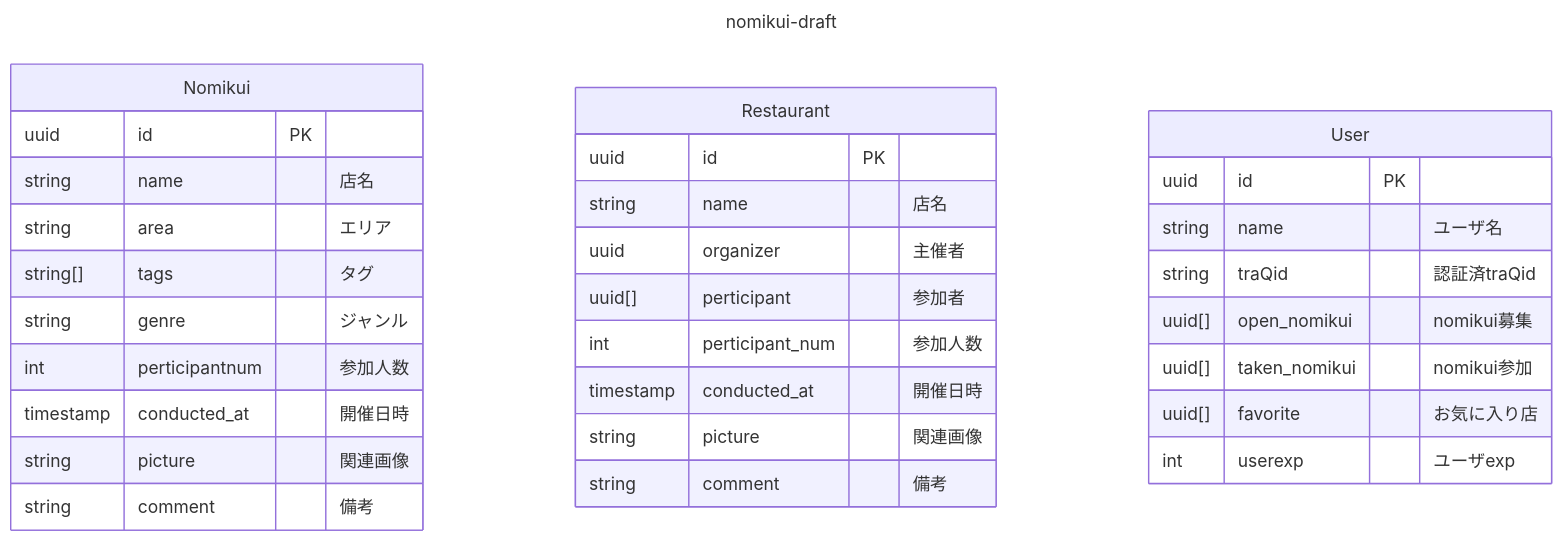
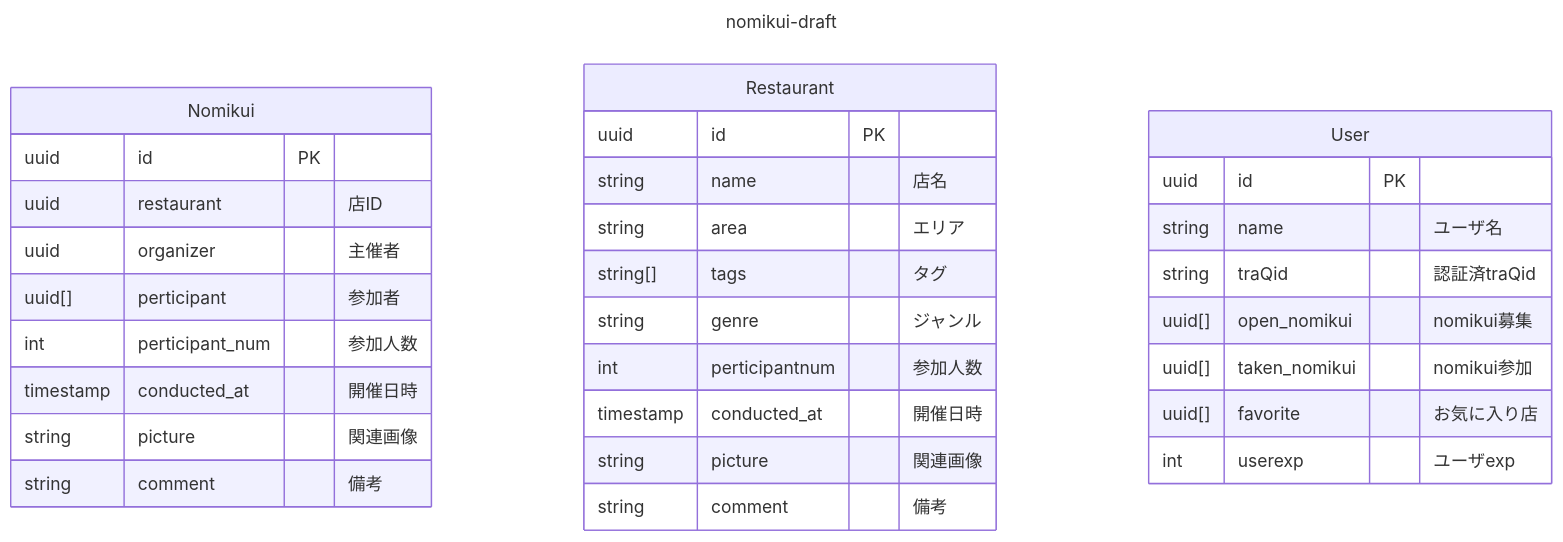
The first of 2 diagrams in DB.md (alter334/nomikui-match), drawn with Mermaid before and after one commit. The commit also changed other lines of this file and 3 other files, not shown here.

````diff
--- a/DB.md
+++ b/DB.md
@@ -33,40 +33,40 @@
 ```mermaid
 ---
 title: nomikui-draft
 ---
 erDiagram
 
   Nomikui {
     uuid id PK
-    string name "店名"
-    string area "エリア"
-    string[] tags"タグ"
-    string genre "ジャンル"
-    int perticipantnum "参加人数"
+    uuid restaurant "店ID"
+    uuid organizer "主催者"
+    uuid[] perticipant "参加者"
+    int perticipant_num "参加人数"
     timestamp conducted_at "開催日時"
     string picture "関連画像"
     string comment "備考"
   }
 
   Restaurant {
     uuid id PK
     string name "店名"
-    uuid organizer "主催者"
-    uuid[] perticipant "参加者"
-    int perticipant_num "参加人数"
+    string area "エリア"
+    string[] tags"タグ"
+    string genre "ジャンル"
+    int perticipantnum "参加人数"
     timestamp conducted_at "開催日時"
     string picture "関連画像"
     string comment "備考"
   }
 
   User {
     uuid id PK
     string name "ユーザ名"
     string traQid "認証済traQid"
     uuid[] open_nomikui "nomikui募集"
     uuid[] taken_nomikui "nomikui参加"
     uuid[] favorite "お気に入り店"
     int userexp "ユーザexp"
   
   }
 ```
````
